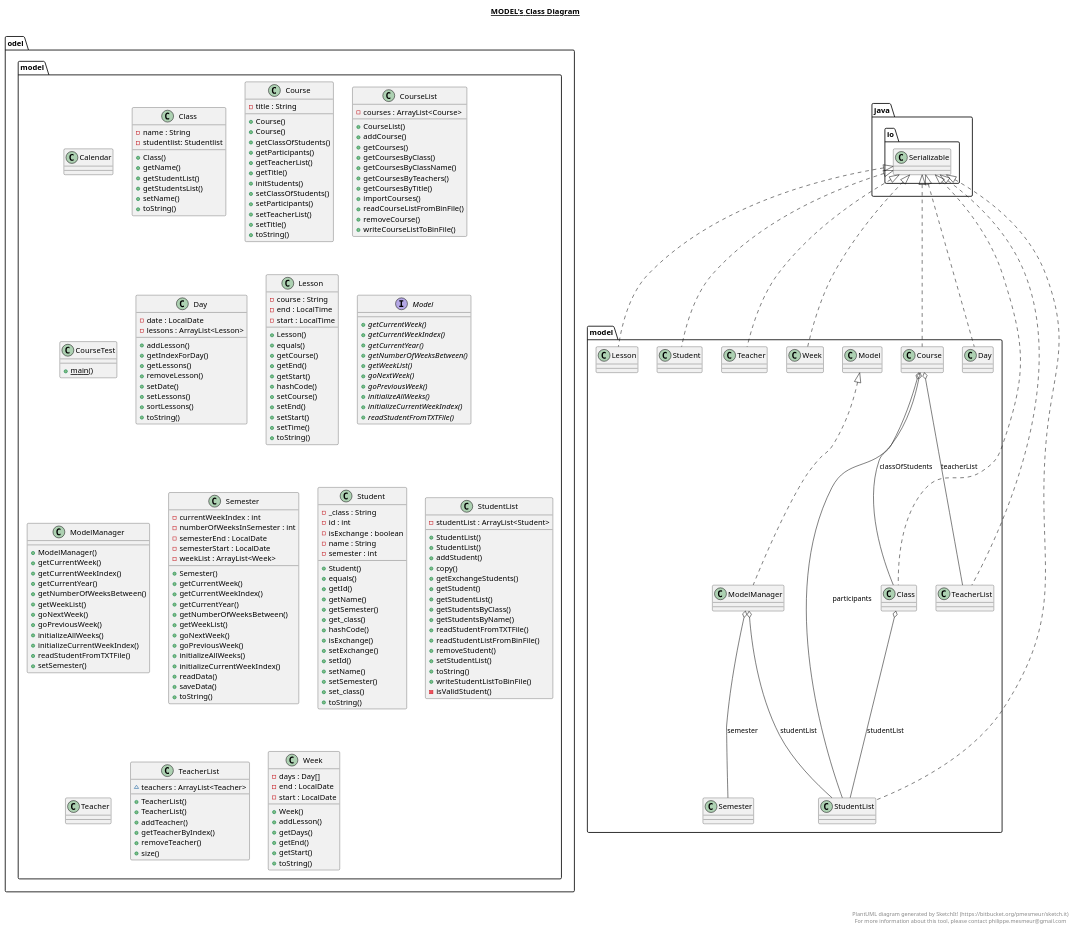
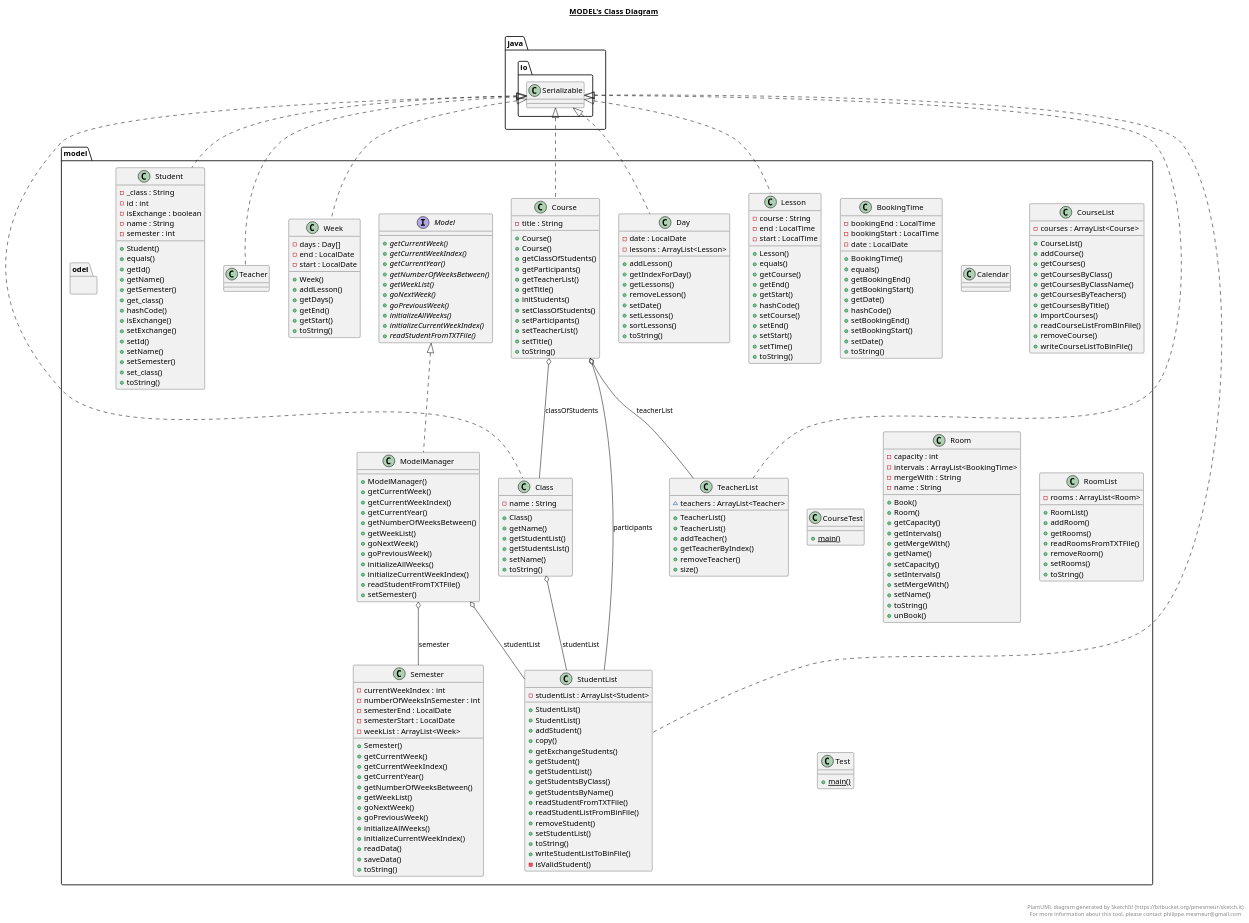
Before and after one commit to wikcioo/scheduling-application-sep1: the diagram in JavaFXSchedulingApplication/src/model/model.plantuml, drawn with PlantUML. The commit also changed 4 other files, not shown here.

Commit message:
Diagram update

```diff
--- a/JavaFXSchedulingApplication/src/model/model.plantuml
+++ b/JavaFXSchedulingApplication/src/model/model.plantuml
@@ -2,18 +2,39 @@
 
 title __MODEL's Class Diagram__\n
 
+  namespace model  {
+    namespace odel  {
+      class model.BookingTime {
+          - bookingEnd : LocalTime
+          - bookingStart : LocalTime
+          - date : LocalDate
+          + BookingTime()
+          + equals()
+          + getBookingEnd()
+          + getBookingStart()
+          + getDate()
+          + hashCode()
+          + setBookingEnd()
+          + setBookingStart()
+          + setDate()
+          + toString()
+      }
+    }
+  }
+  
 
+  namespace model  {
     namespace odel {
       class model.Calendar {
       }
     }
-
+  }
   
 
+  namespace model  {
     namespace odel {
       class model.Class {
           - name : String
-          - studentlist: Studentlist
           + Class()
           + getName()
           + getStudentList()
@@ -22,10 +43,10 @@
           + toString()
       }
     }
-
+  }
   
 
-
+  namespace model  {
     namespace odel {
       class model.Course {
           - title : String
@@ -43,10 +64,10 @@
           + toString()
       }
     }
-
+  }
   
 
-
+  namespace model  {
     namespace odel {
       class model.CourseList {
           - courses : ArrayList<Course>
@@ -63,19 +84,19 @@
           + writeCourseListToBinFile()
       }
     }
-
+  }
   
 
-
+  namespace model  {
     namespace odel {
       class model.CourseTest {
           {static} + main()
       }
     }
-
+  }
   
 
-
+  namespace model  {
     namespace odel {
       class model.Day {
           - date : LocalDate
@@ -90,9 +111,10 @@
           + toString()
       }
     }
-
+  }
   
 
+  namespace model  {
     namespace odel {
       class model.Lesson {
           - course : String
@@ -111,10 +133,10 @@
           + toString()
       }
     }
-
+  }
   
 
-
+  namespace model  {
     namespace odel {
       interface model.Model {
           {abstract} + getCurrentWeek()
@@ -129,10 +151,10 @@
           {abstract} + readStudentFromTXTFile()
       }
     }
-
+  }
   
 
-
+  namespace model  {
     namespace odel {
       class model.ModelManager {
           + ModelManager()
@@ -149,10 +171,50 @@
           + setSemester()
       }
     }
-
+  }
   
 
+  namespace model  {
+    namespace odel {
+      class model.Room {
+          - capacity : int
+          - intervals : ArrayList<BookingTime>
+          - mergeWith : String
+          - name : String
+          + Book()
+          + Room()
+          + getCapacity()
+          + getIntervals()
+          + getMergeWith()
+          + getName()
+          + setCapacity()
+          + setIntervals()
+          + setMergeWith()
+          + setName()
+          + toString()
+          + unBook()
+      }
+    }
+  }
+  
 
+  namespace model  {
+    namespace odel {
+      class model.RoomList {
+          - rooms : ArrayList<Room>
+          + RoomList()
+          + addRoom()
+          + getRooms()
+          + readRoomsFromTXTFile()
+          + removeRoom()
+          + setRooms()
+          + toString()
+      }
+    }
+  }
+  
+
+  namespace model  {
     namespace odel {
       class model.Semester {
           - currentWeekIndex : int
@@ -175,10 +237,10 @@
           + toString()
       }
     }
-
+  }
   
 
-
+  namespace model  {
     namespace odel {
       class model.Student {
           - _class : String
@@ -202,10 +264,10 @@
           + toString()
       }
     }
-
+  }
   
 
-
+  namespace model  {
     namespace odel {
       class model.StudentList {
           - studentList : ArrayList<Student>
@@ -227,18 +289,18 @@
           - isValidStudent()
       }
     }
-
+  }
   
 
-
+  namespace model  {
     namespace odel {
       class model.Teacher {
       }
     }
-
+  }
   
 
-
+  namespace model  {
     namespace odel {
       class model.TeacherList {
           ~ teachers : ArrayList<Teacher>
@@ -250,10 +312,19 @@
           + size()
       }
     }
-
+  }
   
 
+  namespace model  {
+    namespace odel {
+      class model.Test {
+          {static} + main()
+      }
+    }
+  }
+  
 
+  namespace model  {
     namespace odel {
       class model.Week {
           - days : Day[]
@@ -267,7 +338,7 @@
           + toString()
       }
     }
-
+  }
   
 
   model.Class .up.|> java.io.Serializable
```
